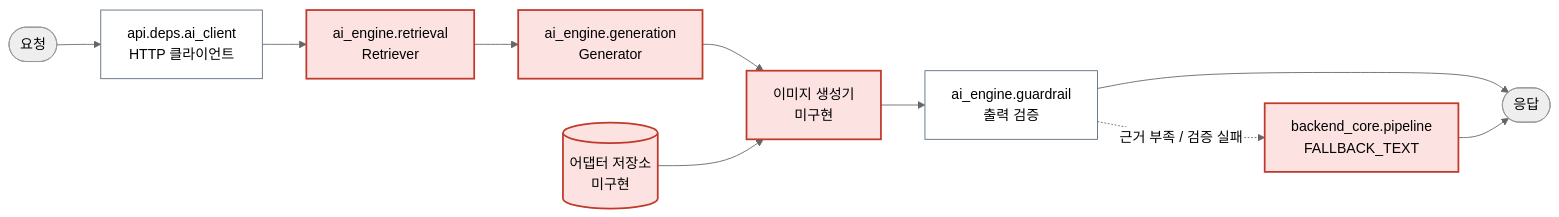
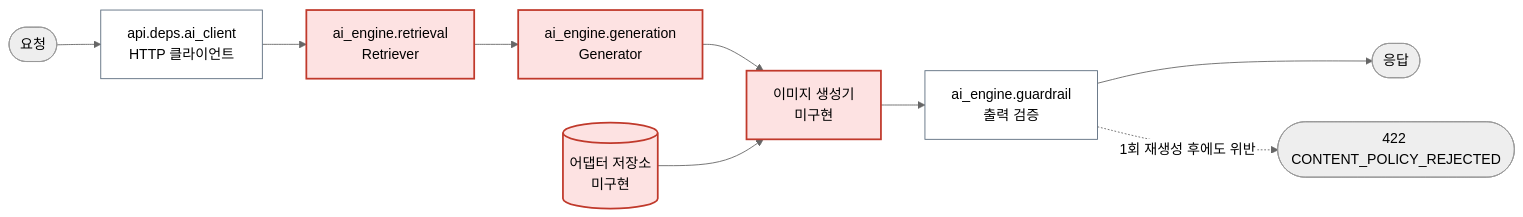
One commit to Codeit-AI10-Part4-3Team/AI10-Part4-3Team-Advanced-Project changed the third of 3 diagrams in docs/공통_가이드/아키텍처.md. Above: the diagram before and after it, drawn with Mermaid (neutral theme). The commit also changed other lines of this file and 5 other files, not shown here.

````diff
--- a/docs/공통_가이드/아키텍처.md
+++ b/docs/공통_가이드/아키텍처.md
@@ -125,17 +128,16 @@
 ```mermaid
 flowchart LR
     REQ(["요청"]) --> CLIENT["api.deps.ai_client<br/>HTTP 클라이언트"]
     CLIENT --> RETR["ai_engine.retrieval<br/>Retriever"]
     RETR --> GEN["ai_engine.generation<br/>Generator"]
     GEN --> IMG["이미지 생성기<br/>미구현"]
     IMG --> GUARD["ai_engine.guardrail<br/>출력 검증"]
     GUARD --> OK(["응답"])
-    GUARD -. "근거 부족 / 검증 실패" .-> FB["backend_core.pipeline<br/>FALLBACK_TEXT"]
-    FB --> OK
+    GUARD -. "1회 재생성 후에도 위반" .-> REJ(["422 CONTENT_POLICY_REJECTED"])
     ADAPT[("어댑터 저장소<br/>미구현")] --> IMG
 
     classDef stub fill:#fde2e2,stroke:#c0392b,stroke-width:2px
     classDef real fill:#ffffff,stroke:#5a6b7d
-    class RETR,GEN,IMG,FB,ADAPT stub
+    class RETR,GEN,IMG,ADAPT stub
     class CLIENT,GUARD real
 ```
````
